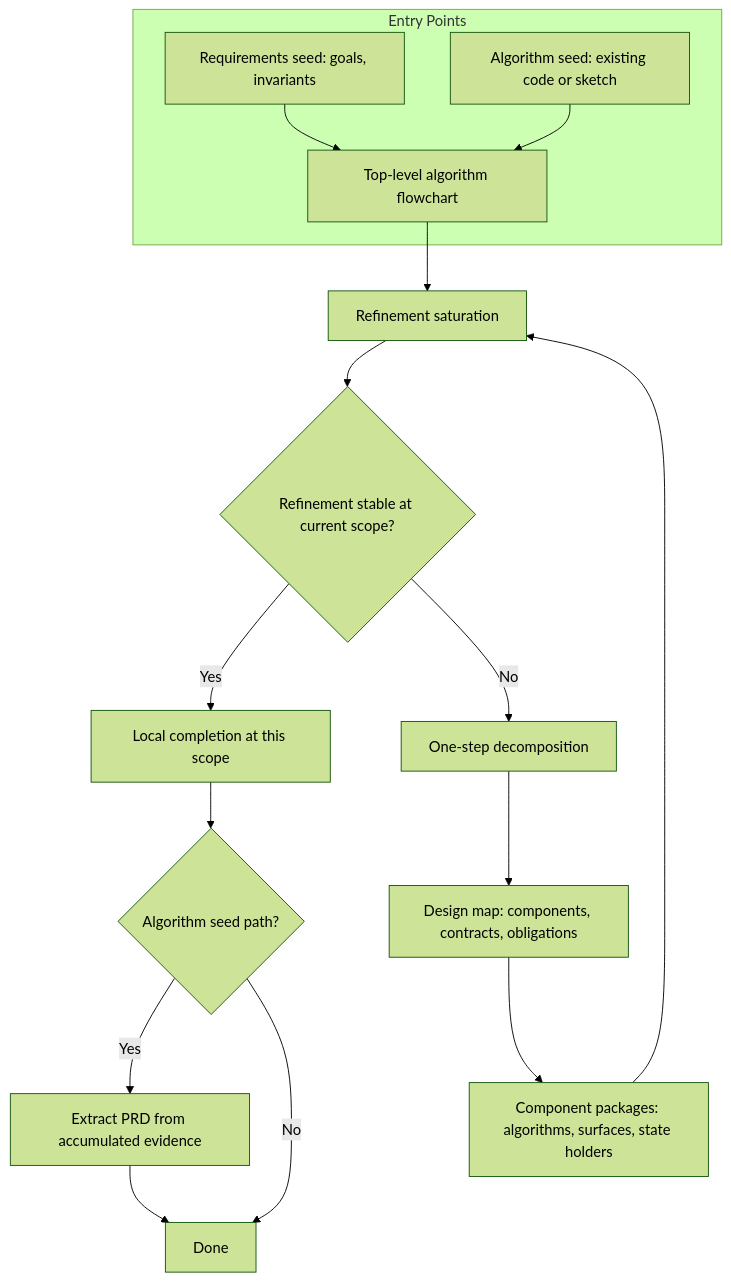
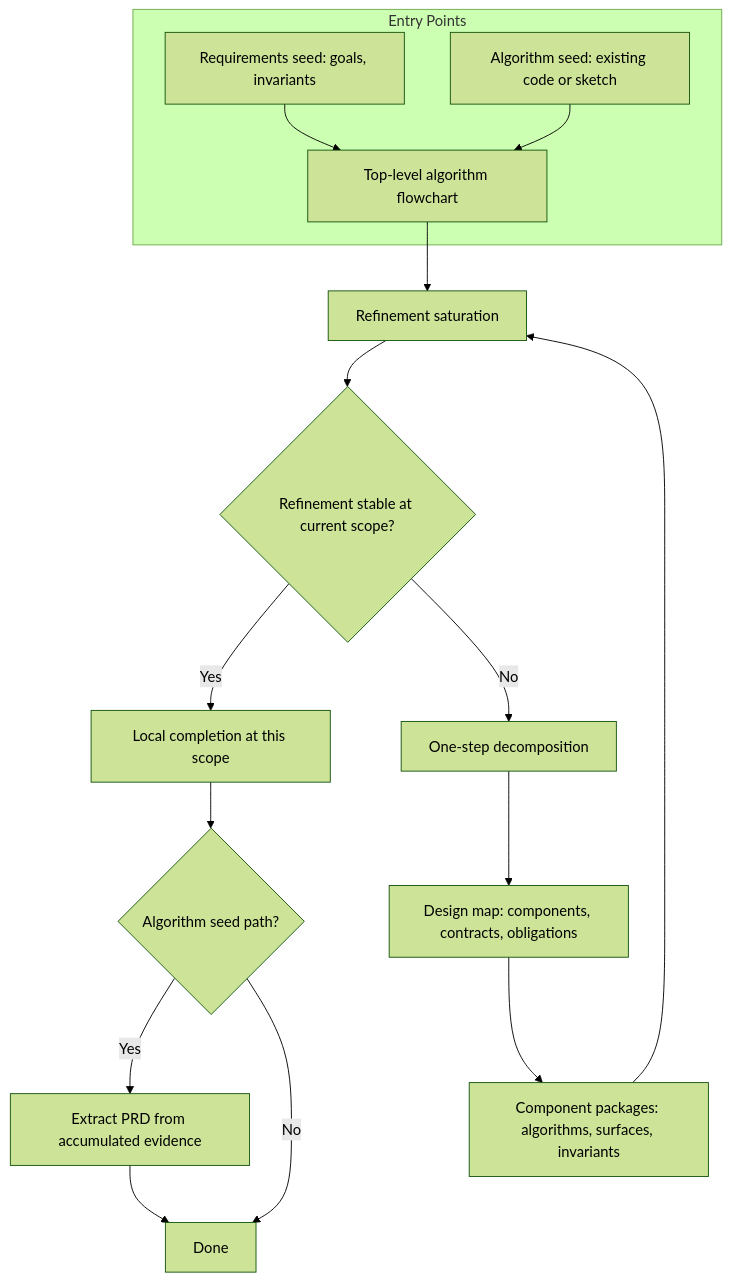
The first of 2 diagrams in .tasks/processes/cdd.md (nestharus/ai-workflow), drawn with Mermaid (forest theme) before and after one commit. The commit also changed other lines of this file and 6 other files, not shown here.

Commit message:
Refactor documentation to replace 'state holders' with 'component invariants' and clarify state storage requirements across multiple files.

````diff
--- a/.tasks/processes/cdd.md
+++ b/.tasks/processes/cdd.md
@@ -178,18 +178,18 @@
 ```mermaid
 flowchart TD
   subgraph Entry Points
     R[Requirements seed: goals, invariants] --> B[Top-level algorithm flowchart]
     A[Algorithm seed: existing code or sketch] --> B
   end
   B --> C[Refinement saturation]
   C --> D{Refinement stable at current scope?}
   D -->|Yes| E[Local completion at this scope]
   D -->|No| F[One-step decomposition]
   F --> G[Design map: components, contracts, obligations]
-  G --> H[Component packages: algorithms, surfaces, state holders]
+  G --> H[Component packages: algorithms, surfaces, invariants]
   H --> C
   E --> I{Algorithm seed path?}
   I -->|Yes| J[Extract PRD from accumulated evidence]
   I -->|No| K[Done]
   J --> K
 ```
````
